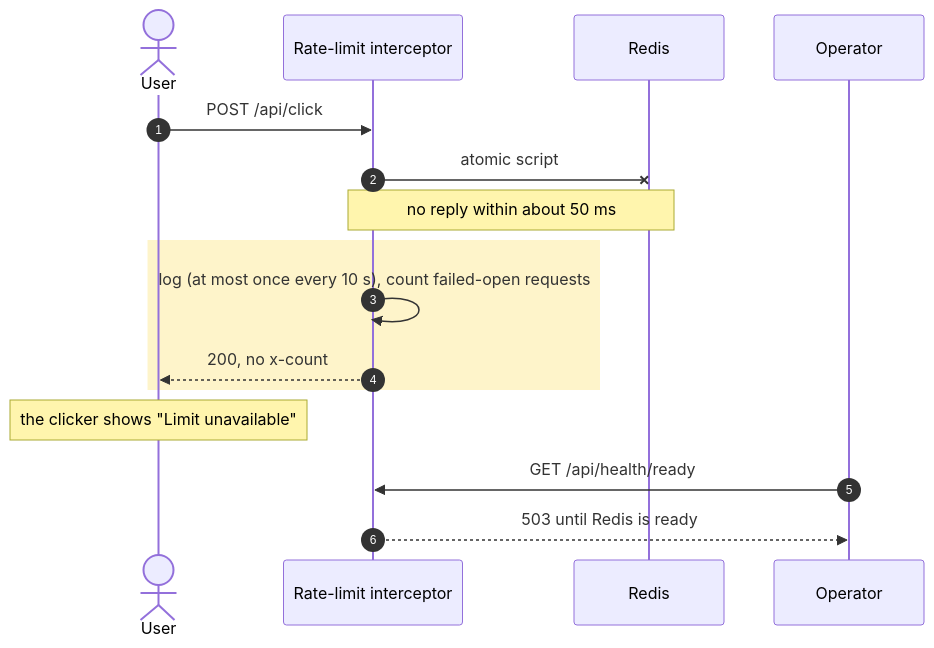
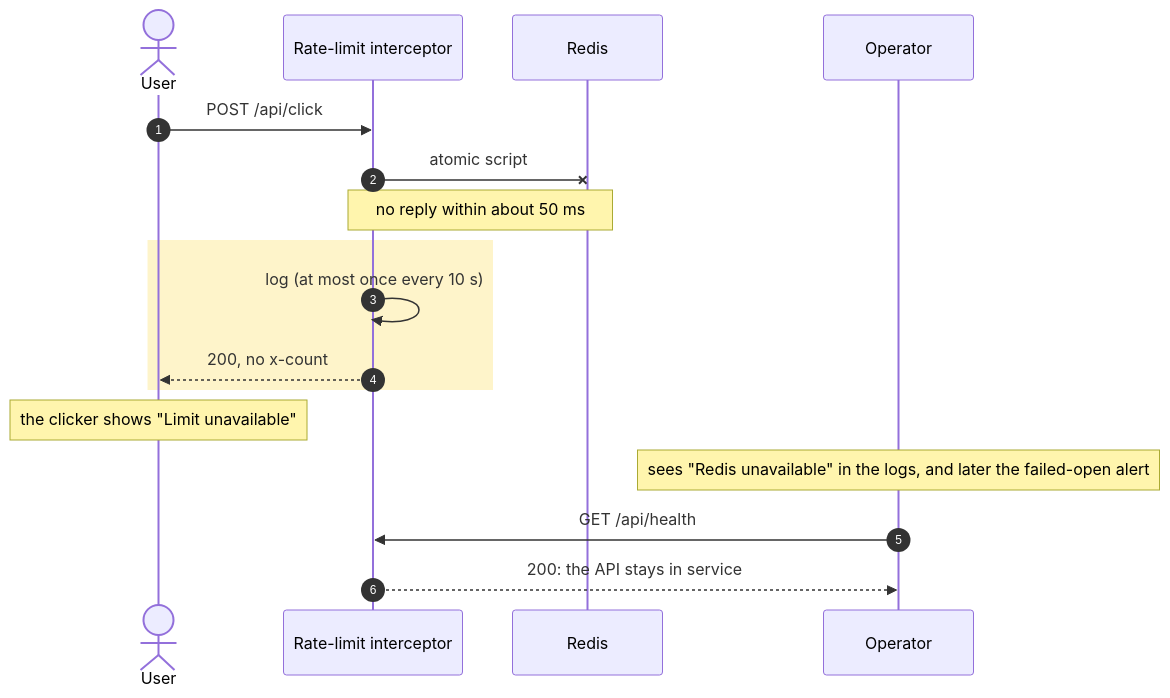
Before and after one commit to nitzanto/ratewatch: the diagram in apps/docs/src/content/docs/adrs/failure-mode.md, drawn with Mermaid. The commit also changed other lines of this file and 21 other files, not shown here.

First line of the commit message:
feat(rate-limit): fail open when Redis is down (#66)

````diff
--- a/apps/docs/src/content/docs/adrs/failure-mode.md
+++ b/apps/docs/src/content/docs/adrs/failure-mode.md
@@ -42,18 +42,19 @@
 ```mermaid
 sequenceDiagram
   autonumber
   actor U as User
   participant L as Rate-limit interceptor
   participant R as Redis
   participant O as Operator
   U->>L: POST /api/click
   L-xR: atomic script
   Note over L,R: no reply within about 50 ms
   rect rgba(253,230,138,0.45)
-    L->>L: log (at most once every 10 s), count failed-open requests
+    L->>L: log (at most once every 10 s)
     L-->>U: 200, no x-count
   end
   Note over U: the clicker shows "Limit unavailable"
-  O->>L: GET /api/health/ready
-  L-->>O: 503 until Redis is ready
+  Note over O: sees "Redis unavailable" in the logs, and later the failed-open alert
+  O->>L: GET /api/health
+  L-->>O: 200: the API stays in service
 ```
````
